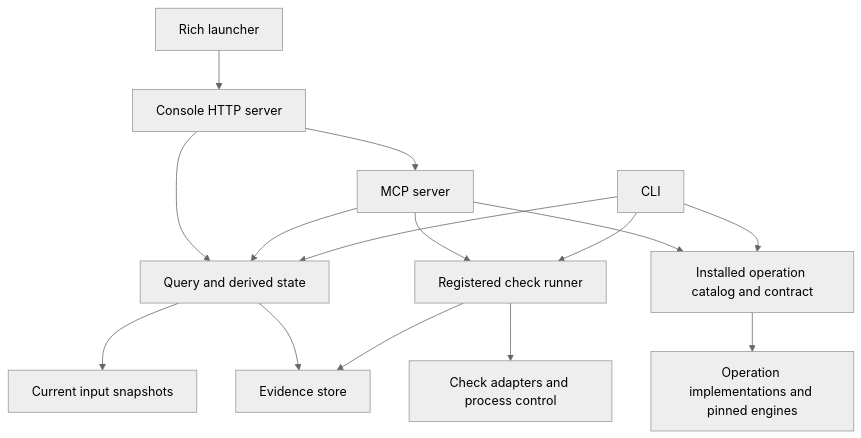
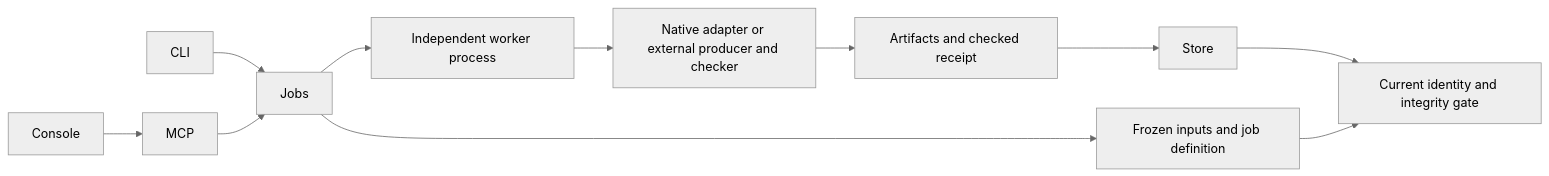
The diagram in docs/architecture.md (RoyCoding8/vkit), drawn with Mermaid (neutral theme) before and after one commit. The commit also changed other lines of this file and 227 other files, not shown here.

Commit message:
Full overhaul, new architecture

````diff
--- a/docs/architecture.md
+++ b/docs/architecture.md
@@ -10,17 +7,13 @@
 ```mermaid
-flowchart TD
-    CLI[CLI] --> Query[Query and derived state]
-    MCP[MCP server] --> Query
-    Console[Console HTTP server] --> Query
-    TUI[Rich launcher] --> Console
-    CLI --> Runner[Registered check runner]
-    MCP --> Runner
+flowchart LR
+    CLI --> Jobs
+    MCP --> Jobs
     Console --> MCP
-    Runner --> Adapters[Check adapters and process control]
-    Runner --> Store[Evidence store]
-    Query --> Store
-    Query --> Inputs[Current input snapshots]
-    CLI --> Contract[Installed operation catalog and contract]
-    MCP --> Contract
-    Contract --> Engines[Operation implementations and pinned engines]
+    Jobs --> Snapshot[Frozen inputs and job definition]
+    Jobs --> Worker[Independent worker process]
+    Worker --> Adapter[Native adapter or external producer and checker]
+    Adapter --> Receipt[Artifacts and checked receipt]
+    Receipt --> Store
+    Store --> Gate[Current identity and integrity gate]
+    Snapshot --> Gate
 ```
````
